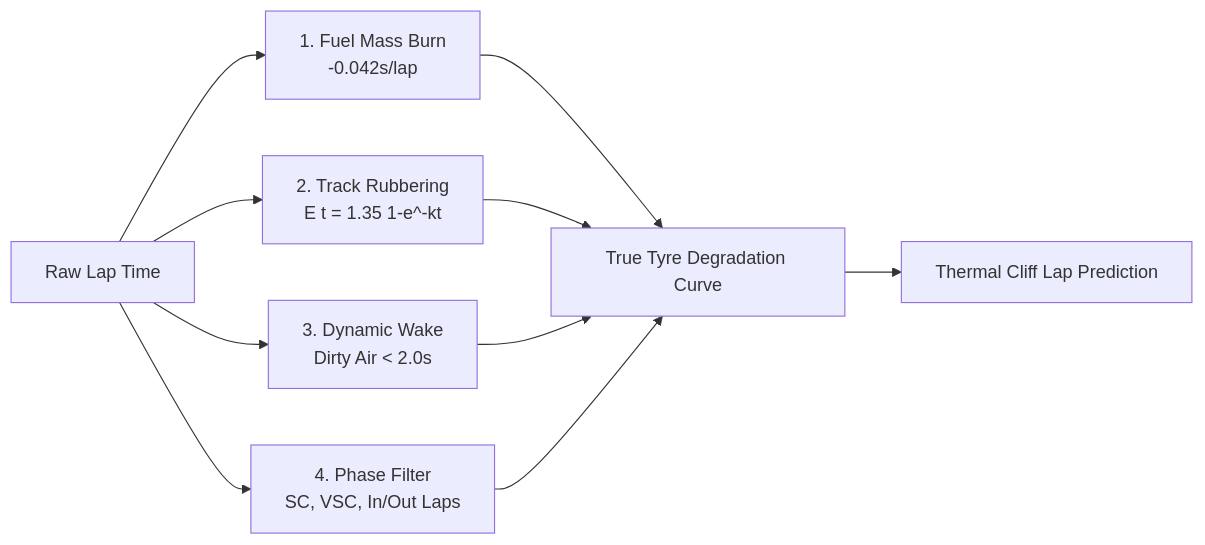
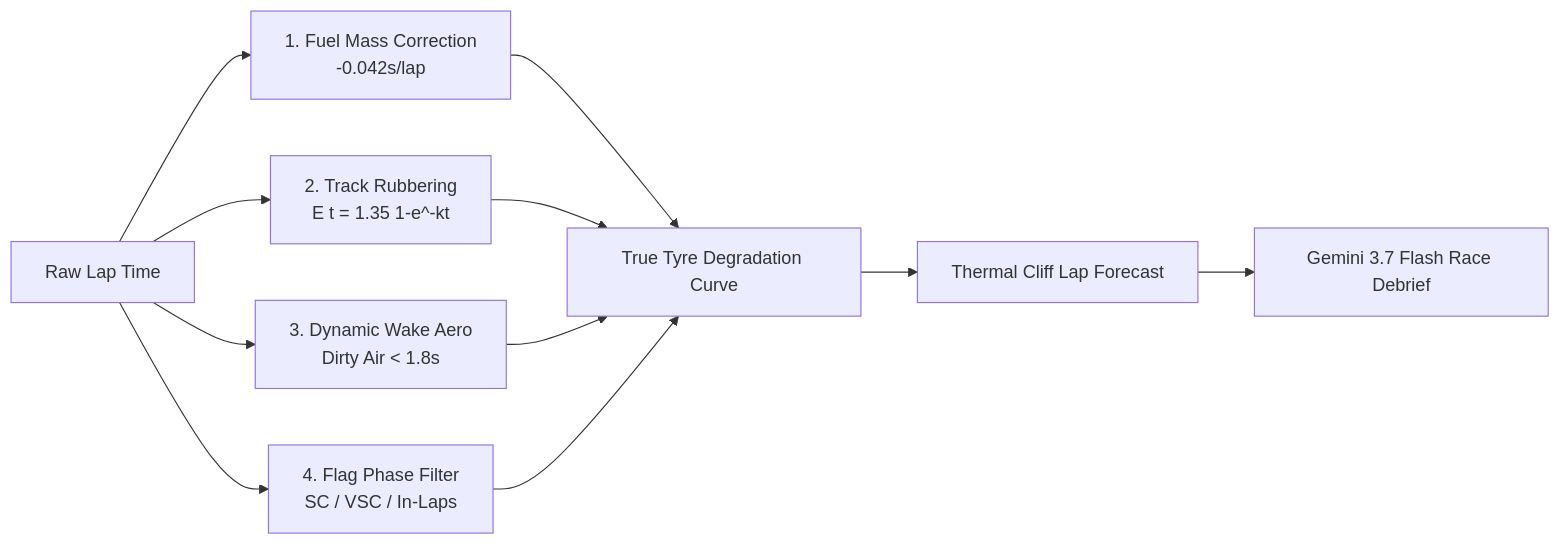
Before and after one commit to Icey067/TrackShiftPrototype: the diagram in README.md, drawn with Mermaid. The commit also changed other lines of this file, not shown here.

````diff
--- a/README.md
+++ b/README.md
@@ -42,9 +43,10 @@
 ```mermaid
 flowchart LR
-    Raw[Raw Lap Time] --> F[1. Fuel Mass Burn\n-0.042s/lap]
+    Raw[Raw Lap Time] --> F[1. Fuel Mass Correction\n-0.042s/lap]
     Raw --> E[2. Track Rubbering\nE t = 1.35 1-e^-kt]
-    Raw --> D[3. Dynamic Wake\nDirty Air < 2.0s]
-    Raw --> P[4. Phase Filter\nSC, VSC, In/Out Laps]
+    Raw --> D[3. Dynamic Wake Aero\nDirty Air < 1.8s]
+    Raw --> P[4. Flag Phase Filter\nSC / VSC / In-Laps]
     F & E & D & P --> Isolated[True Tyre Degradation Curve]
-    Isolated --> Predict[Thermal Cliff Lap Prediction]
+    Isolated --> Predict[Thermal Cliff Lap Forecast]
+    Predict --> Gemini[Gemini 3.7 Flash Race Debrief]
 ```
````
